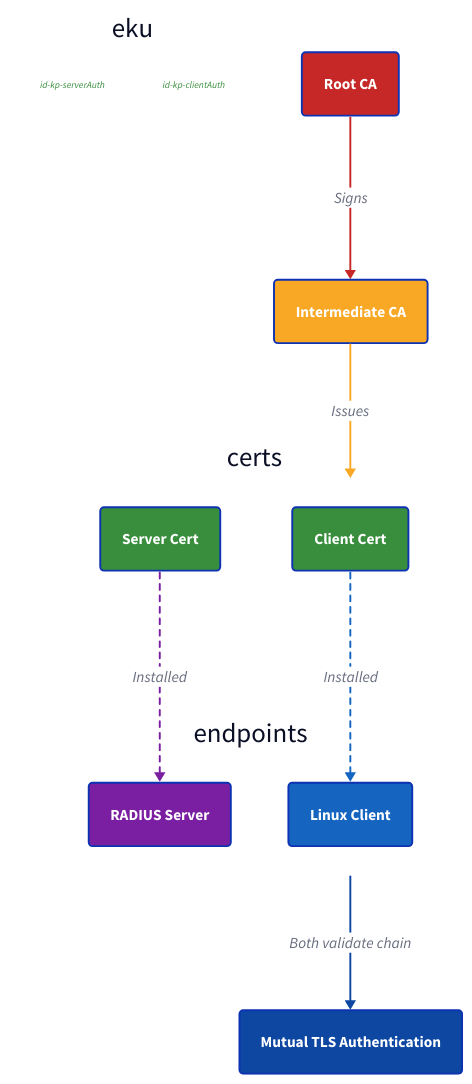
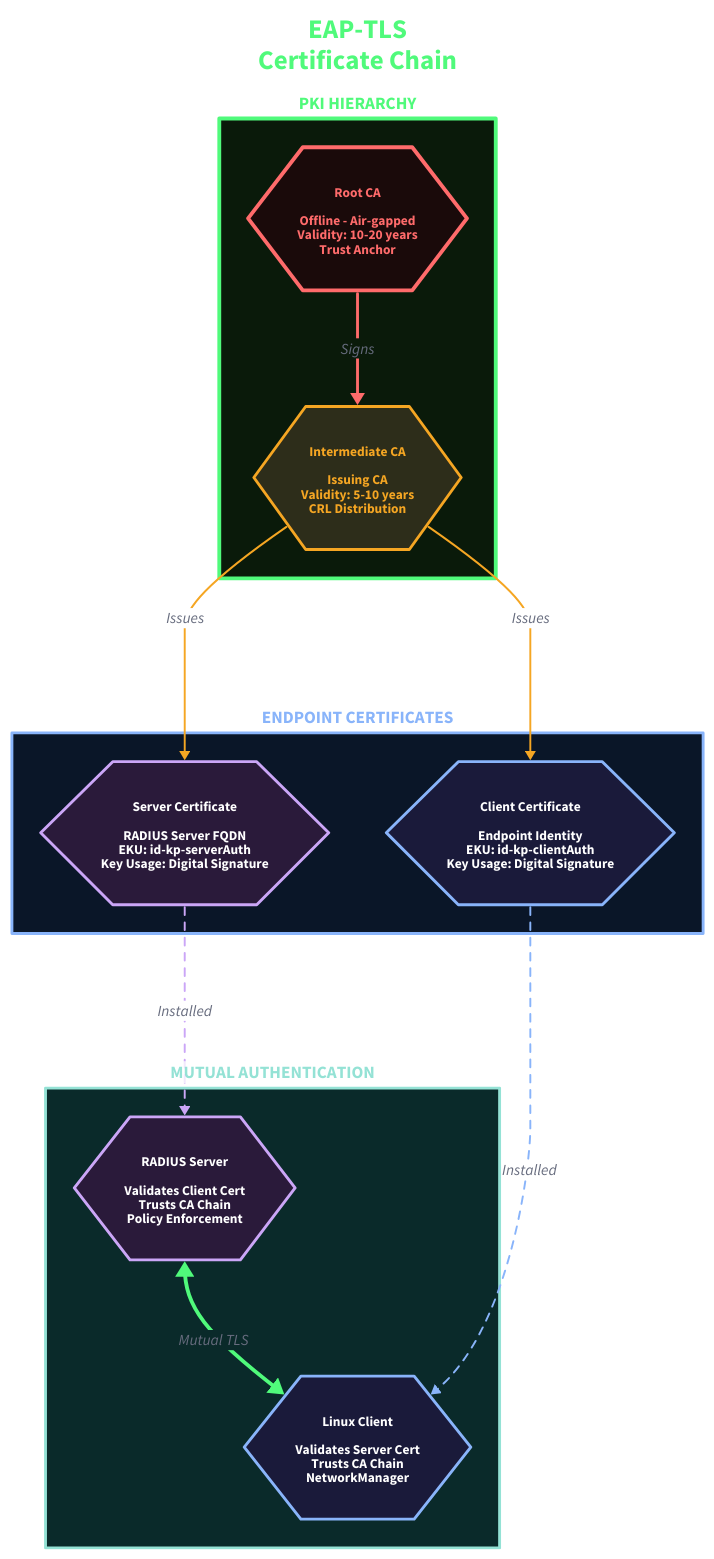
Before and after one commit to EvanusModestus/architectus-linux: the diagram in docs/asciidoc/modules/ROOT/images/diagrams/eap-tls-cert-chain.d2, drawn with D2. The commit also changed 5 other files, not shown here.

First line of the commit message:
content(diagrams): apply dark theme style to EAP-TLS diagrams

```diff
--- a/docs/asciidoc/modules/ROOT/images/diagrams/eap-tls-cert-chain.d2
+++ b/docs/asciidoc/modules/ROOT/images/diagrams/eap-tls-cert-chain.d2
@@ -1,149 +1,177 @@
+# =============================================================================
 # EAP-TLS Certificate Chain
+# Architectus Linux Documentation
+# =============================================================================
 
 direction: down
 
-# PKI Hierarchy - clean vertical flow
-root: Root CA {
-  shape: rectangle
+title: {
+  label: "EAP-TLS\nCertificate Chain"
+  near: top-center
+  shape: text
   style: {
-    fill: "#c62828"
-    font-color: white
+    font-size: 28
     bold: true
-    border-radius: 4
+    font-color: "#50fa7b"
   }
 }
 
-intermediate: Intermediate CA {
-  shape: rectangle
+# =============================================================================
+# PKI HIERARCHY
+# =============================================================================
+
+pki: "PKI HIERARCHY" {
   style: {
-    fill: "#f9a825"
-    font-color: white
+    fill: "#0a1a0a"
+    stroke: "#50fa7b"
+    stroke-width: 4
+    font-color: "#50fa7b"
+    font-size: 18
     bold: true
-    border-radius: 4
-  }
-}
-
-# Endpoint certs side by side
-certs: {
-  direction: right
-  style: {
-    fill: transparent
-    stroke: transparent
   }
 
-  server: Server Cert {
-    shape: rectangle
+  root: {
+    label: "Root CA\n\nOffline - Air-gapped\nValidity: 10-20 years\nTrust Anchor"
+    shape: hexagon
     style: {
-      fill: "#388e3c"
-      font-color: white
+      fill: "#1a0a0a"
+      stroke: "#ff6b6b"
+      stroke-width: 4
+      font-color: "#ff6b6b"
+      font-size: 14
       bold: true
-      border-radius: 4
     }
   }
 
-  client: Client Cert {
-    shape: rectangle
+  intermediate: {
+    label: "Intermediate CA\n\nIssuing CA\nValidity: 5-10 years\nCRL Distribution"
+    shape: hexagon
     style: {
-      fill: "#388e3c"
-      font-color: white
-      bold: true
-      border-radius: 4
+      fill: "#2d2d1a"
+      stroke: "#f5a623"
+      stroke-width: 3
+      font-color: "#f5a623"
+      font-size: 14
+    }
+  }
+
+  root -> intermediate: "Signs" {
+    style: {
+      stroke: "#ff6b6b"
+      stroke-width: 3
     }
   }
 }
 
-# Signing chain
-root -> intermediate: "Signs" {
+# =============================================================================
+# ENDPOINT CERTIFICATES
+# =============================================================================
+
+certs: "ENDPOINT CERTIFICATES" {
   style: {
-    stroke: "#c62828"
+    fill: "#0a1628"
+    stroke: "#89b4fa"
+    stroke-width: 3
+    font-color: "#89b4fa"
+    font-size: 18
+    bold: true
+  }
+
+  server: {
+    label: "Server Certificate\n\nRADIUS Server FQDN\nEKU: id-kp-serverAuth\nKey Usage: Digital Signature"
+    shape: hexagon
+    style: {
+      fill: "#2a1a3a"
+      stroke: "#cba6f7"
+      stroke-width: 3
+      font-color: "#ffffff"
+      font-size: 14
+    }
+  }
+
+  client: {
+    label: "Client Certificate\n\nEndpoint Identity\nEKU: id-kp-clientAuth\nKey Usage: Digital Signature"
+    shape: hexagon
+    style: {
+      fill: "#1a1a3a"
+      stroke: "#89b4fa"
+      stroke-width: 3
+      font-color: "#ffffff"
+      font-size: 14
+    }
+  }
+}
+
+pki.intermediate -> certs.server: "Issues" {
+  style: {
+    stroke: "#f5a623"
     stroke-width: 2
   }
 }
 
-intermediate -> certs: "Issues" {
+pki.intermediate -> certs.client: "Issues" {
   style: {
-    stroke: "#f9a825"
+    stroke: "#f5a623"
     stroke-width: 2
   }
 }
 
-# Trust endpoints side by side
-endpoints: {
-  direction: right
+# =============================================================================
+# TRUST ENDPOINTS
+# =============================================================================
+
+trust: "MUTUAL AUTHENTICATION" {
   style: {
-    fill: transparent
-    stroke: transparent
+    fill: "#0a2a2a"
+    stroke: "#94e2d5"
+    stroke-width: 3
+    font-color: "#94e2d5"
+    font-size: 18
+    bold: true
   }
 
-  ise: RADIUS Server {
-    shape: rectangle
+  radius: {
+    label: "RADIUS Server\n\nValidates Client Cert\nTrusts CA Chain\nPolicy Enforcement"
+    shape: hexagon
     style: {
-      fill: "#7b1fa2"
-      font-color: white
-      bold: true
-      border-radius: 4
+      fill: "#2a1a3a"
+      stroke: "#cba6f7"
+      stroke-width: 3
+      font-color: "#ffffff"
+      font-size: 14
     }
   }
 
-  linux: Linux Client {
-    shape: rectangle
+  linux: {
+    label: "Linux Client\n\nValidates Server Cert\nTrusts CA Chain\nNetworkManager"
+    shape: hexagon
     style: {
-      fill: "#1565c0"
-      font-color: white
-      bold: true
-      border-radius: 4
+      fill: "#1a1a3a"
+      stroke: "#89b4fa"
+      stroke-width: 3
+      font-color: "#ffffff"
+      font-size: 14
+    }
+  }
+
+  radius <-> linux: "Mutual TLS" {
+    style: {
+      stroke: "#50fa7b"
+      stroke-width: 4
     }
   }
 }
 
-# Install relationships
-certs.server -> endpoints.ise: "Installed" {
+certs.server -> trust.radius: "Installed" {
   style: {
-    stroke: "#7b1fa2"
-    stroke-dash: 3
+    stroke: "#cba6f7"
+    stroke-dash: 4
   }
 }
 
-certs.client -> endpoints.linux: "Installed" {
+certs.client -> trust.linux: "Installed" {
   style: {
-    stroke: "#1565c0"
-    stroke-dash: 3
+    stroke: "#89b4fa"
+    stroke-dash: 4
   }
 }
-
-# Mutual auth
-mutual: Mutual TLS Authentication {
-  shape: rectangle
-  style: {
-    fill: "#0d47a1"
-    font-color: white
-    bold: true
-    border-radius: 4
-  }
-}
-
-endpoints -> mutual: "Both validate chain" {
-  style: {
-    stroke: "#0d47a1"
-    stroke-width: 2
-  }
-}
-
-# EKU annotations
-eku: {
-  direction: right
-  style: {
-    fill: transparent
-    stroke: transparent
-  }
-
-  server_eku: "id-kp-serverAuth" {
-    shape: text
-    style: { font-size: 10; italic: true; font-color: "#388e3c" }
-  }
-
-  client_eku: "id-kp-clientAuth" {
-    shape: text
-    style: { font-size: 10; italic: true; font-color: "#388e3c" }
-  }
-}
```
